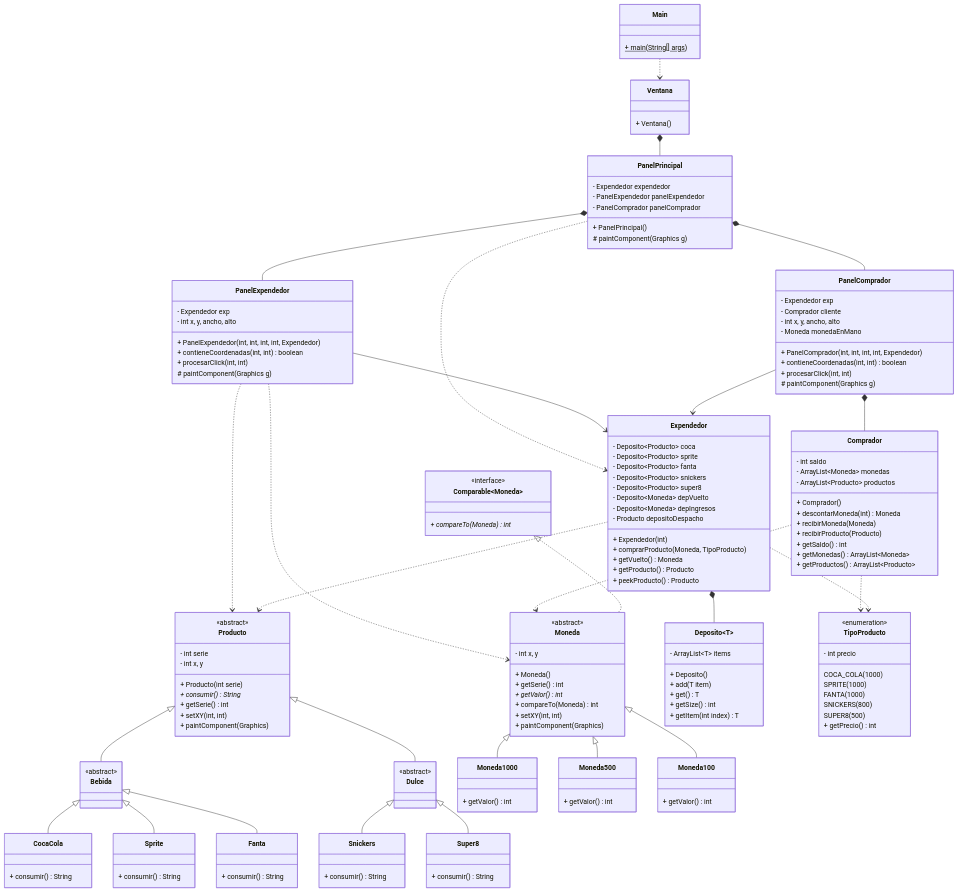
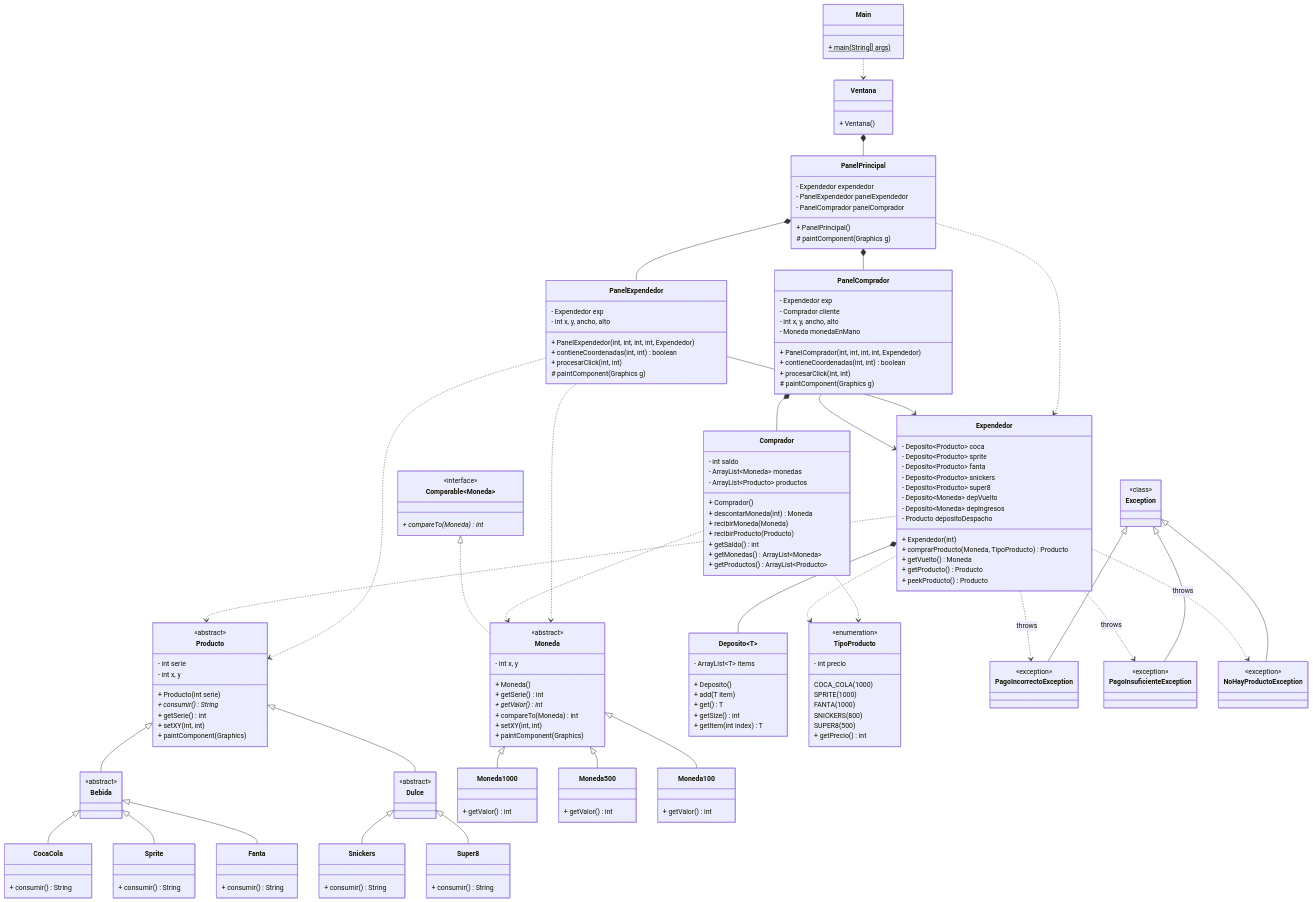
Before and after one commit to Bastyannee/tarea3_doo: the diagram in README.md, drawn with Mermaid.

Commit message:
docs: actualizar README con diagrama UML con las clases de excepciones

````diff
--- a/README.md
+++ b/README.md
@@ -133,7 +133,7 @@
         - Deposito~Moneda~ depIngresos
         - Producto depositoDespacho
         + Expendedor(int)
-        + comprarProducto(Moneda, TipoProducto)
+        + comprarProducto(Moneda, TipoProducto) Producto
         + getVuelto() Moneda
         + getProducto() Producto
         + peekProducto() Producto
@@ -216,4 +216,33 @@
     Moneda <|-- Moneda1000
     Moneda <|-- Moneda500
     Moneda <|-- Moneda100
+
+    %% ==========================================
+    %% PAQUETE LOGICA.EXCEPTIONS
+    %% ==========================================
+    class Exception {
+        <<class>>
+    }
+
+    class PagoIncorrectoException {
+        <<exception>>
+    }
+    
+    class PagoInsuficienteException {
+        <<exception>>
+    }
+    
+    class NoHayProductoException {
+        <<exception>>
+    }
+
+    %% Relación de herencia con Exception de Java
+    Exception <|-- PagoIncorrectoException
+    Exception <|-- PagoInsuficienteException
+    Exception <|-- NoHayProductoException
+
+    %% Dependencia del Expendedor hacia las excepciones que lanza
+    Expendedor ..> PagoIncorrectoException : throws
+    Expendedor ..> PagoInsuficienteException : throws
+    Expendedor ..> NoHayProductoException : throws
 ```
````
